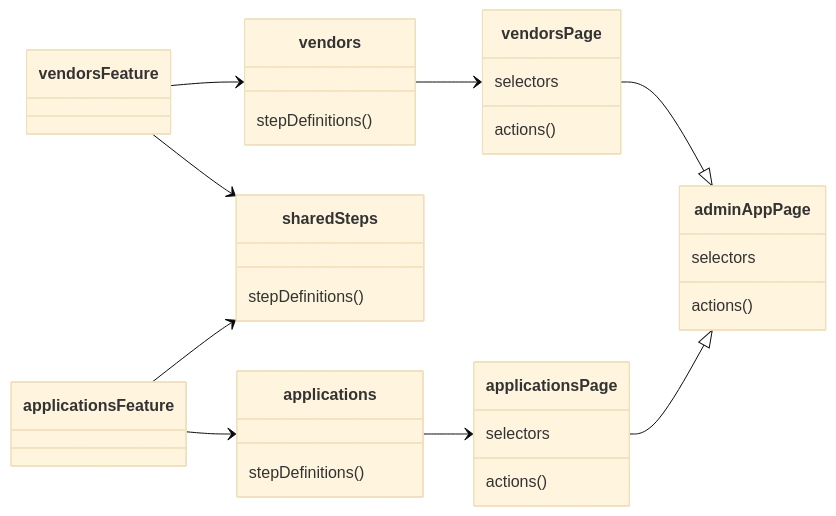
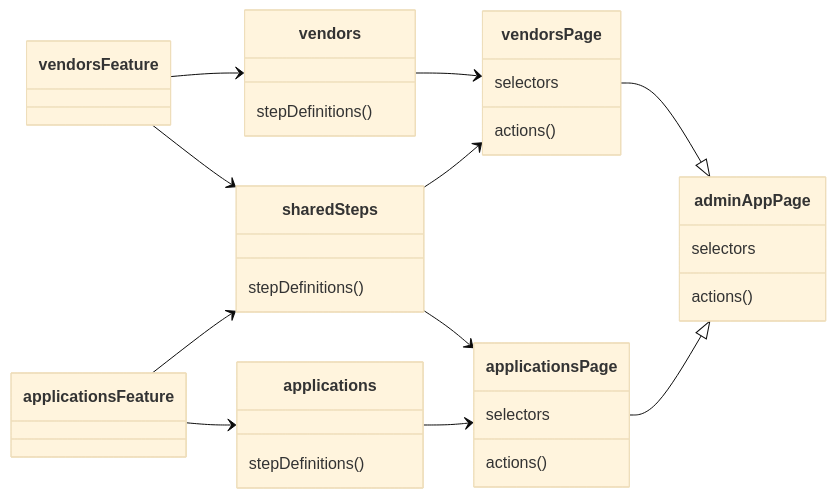
The diagram in Application/EdFi.Ods.AdminApp.E2E.Tests/ARCHITECTURE.md (Ed-Fi-Alliance-OSS/Ed-Fi-ODS-AdminApp), drawn with Mermaid (base theme) before and after one commit. The commit also changed other lines of this file and 1 other file, not shown here.

Commit message:
[AA-1530] How to add a new test

````diff
--- a/Application/EdFi.Ods.AdminApp.E2E.Tests/ARCHITECTURE.md
+++ b/Application/EdFi.Ods.AdminApp.E2E.Tests/ARCHITECTURE.md
@@ -46,26 +46,29 @@
 ```mermaid 
 classDiagram
   direction RL
   adminAppPage <|-- vendorsPage
   adminAppPage <|-- applicationsPage
   
   applicationsPage <-- applications
   vendorsPage <-- vendors
   
   sharedSteps <-- applicationsFeature
   vendors <-- vendorsFeature
   sharedSteps <-- vendorsFeature
   applications <-- applicationsFeature
+
+  vendorsPage <-- sharedSteps
+  applicationsPage <-- sharedSteps
   
   adminAppPage: selectors
   applicationsPage: selectors
   vendorsPage: selectors
   
   adminAppPage: actions()
   applicationsPage: actions()
   vendorsPage: actions()
   
   vendors: stepDefinitions()
   sharedSteps: stepDefinitions()
   applications: stepDefinitions()
 ```
````
